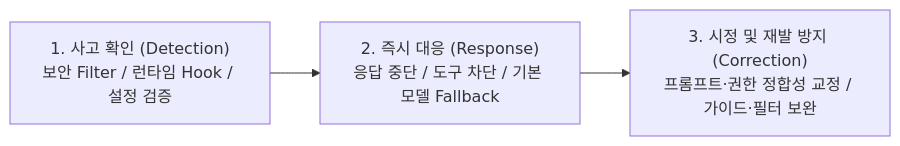
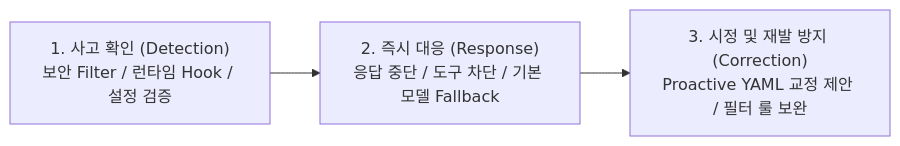
One commit to misjin05/playground changed the second of 2 diagrams in AIS/Reports/Slide22_23_Update.md. Above: the diagram before and after it, drawn with Mermaid. The commit also changed other lines of this file and 1 other file, not shown here.

Commit message:
Apply Option 1 for YAML operational control and Proactive Agent Definition Quality Loop for Risk B

````diff
--- a/AIS/Reports/Slide22_23_Update.md
+++ b/AIS/Reports/Slide22_23_Update.md
@@ -54,5 +54,5 @@
 ```mermaid
 graph LR
     R1["1. 사고 확인 (Detection)<br/>보안 Filter / 런타임 Hook / 설정 검증"] --> R2["2. 즉시 대응 (Response)<br/>응답 중단 / 도구 차단 / 기본 모델 Fallback"]
-    R2 --> R3["3. 시정 및 재발 방지 (Correction)<br/>프롬프트·권한 정합성 교정 / 가이드·필터 보완"]
+    R2 --> R3["3. 시정 및 재발 방지 (Correction)<br/>Proactive YAML 교정 제안 / 필터 룰 보완"]
 ```
````
